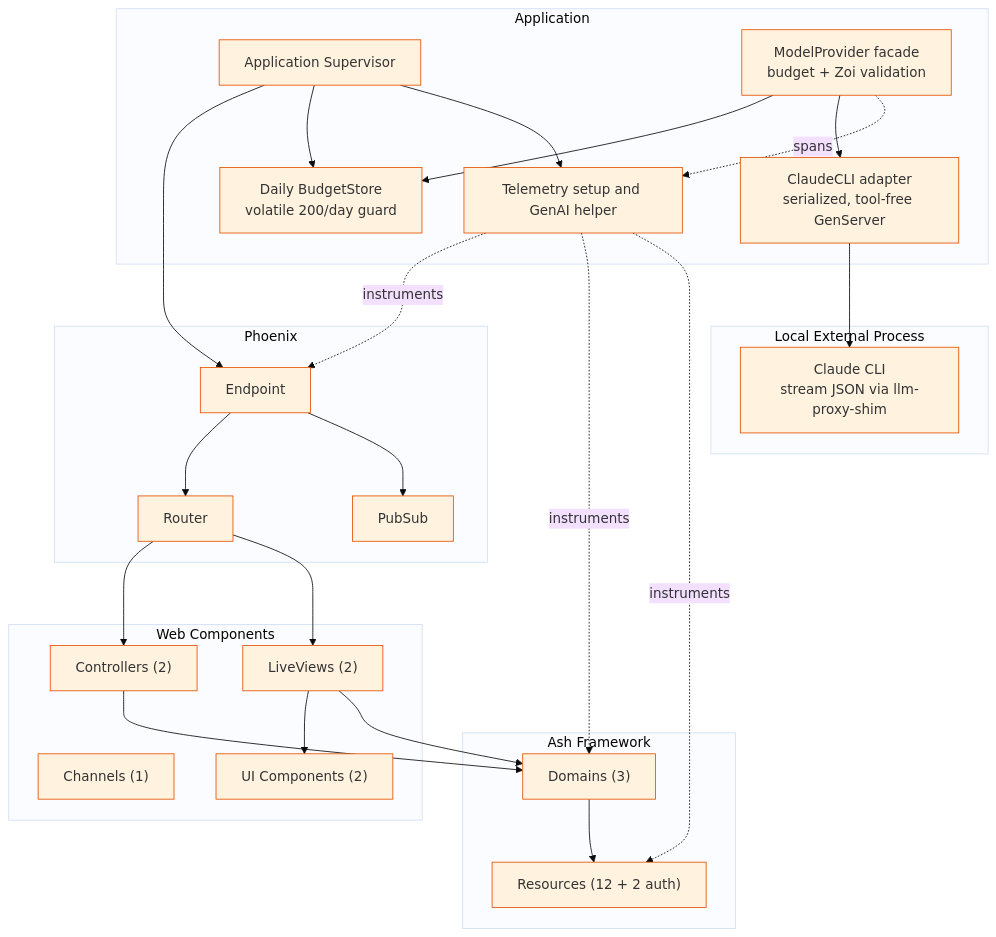
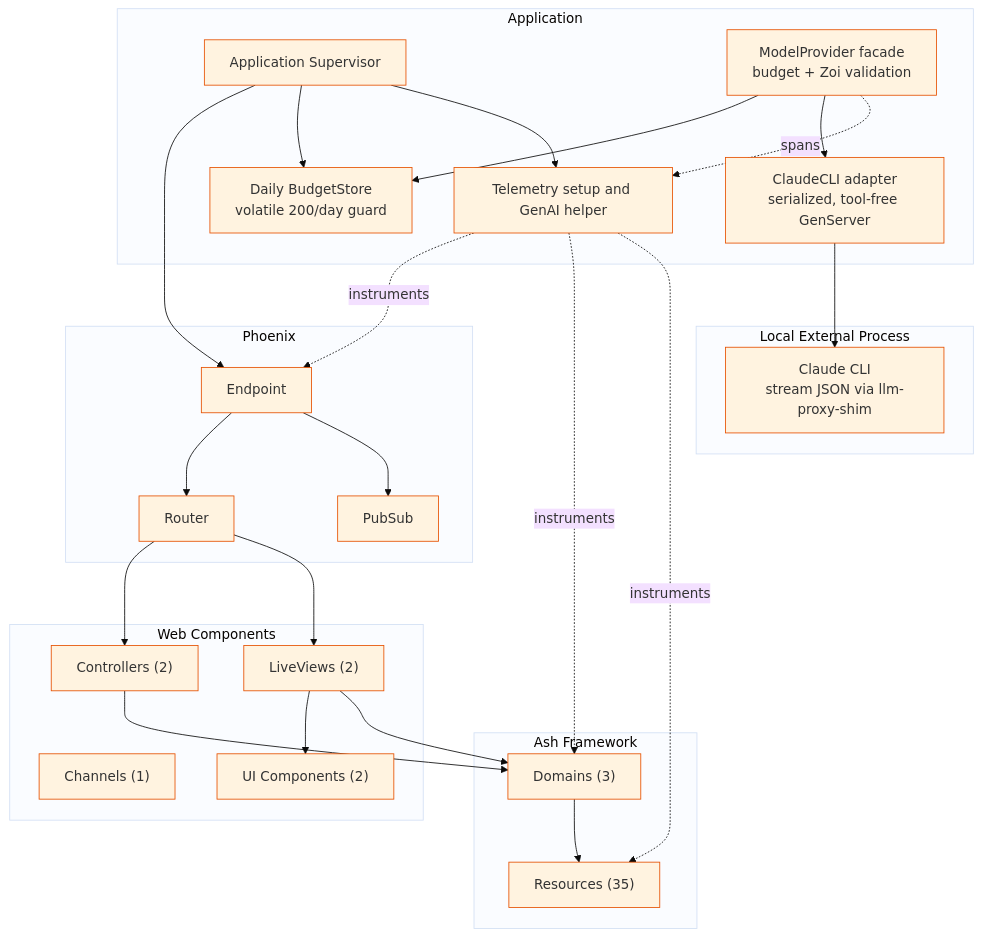
One commit to chops/sdr_agent changed the diagram in docs/architecture/components.mmd. Above: the diagram before and after it, drawn with Mermaid. The commit also changed 36 other files, not shown here.

```diff
--- a/docs/architecture/components.mmd
+++ b/docs/architecture/components.mmd
@@ -1,50 +1,50 @@
 %%{init: {'theme': 'base', 'themeVariables': { 'primaryColor': '#fff3e0', 'primaryBorderColor': '#e65100'}}}%%
 graph TB
     subgraph Application["Application"]
         App[Application Supervisor]
         Budget[Daily BudgetStore<br/>volatile 200/day guard]
         ModelProvider[ModelProvider facade<br/>budget + Zoi validation]
         ClaudeCLIAdapter[ClaudeCLI adapter<br/>serialized, tool-free GenServer]
         Telemetry[Telemetry setup and GenAI helper]
     end
 
     subgraph Phoenix["Phoenix"]
         Endpoint[Endpoint]
         Router[Router]
         PubSub[PubSub]
     end
 
     subgraph Web["Web Components"]
         Controllers["Controllers (2)"]
         LiveViews["LiveViews (2)"]
         Channels["Channels (1)"]
         UIComponents["UI Components (2)"]
     end
 
     subgraph Ash["Ash Framework"]
         Domains["Domains (3)"]
-        Resources["Resources (12 + 2 auth)"]
+        Resources["Resources (35)"]
     end
 
     subgraph External["Local External Process"]
         Claude[Claude CLI<br/>stream JSON via llm-proxy-shim]
     end
 
     App --> Endpoint
     App --> Budget
     App --> Telemetry
     ModelProvider --> Budget
     ModelProvider --> ClaudeCLIAdapter
     ModelProvider -. spans .-> Telemetry
     ClaudeCLIAdapter --> Claude
     Endpoint --> Router
     Endpoint --> PubSub
     Router --> Controllers
     Router --> LiveViews
     LiveViews --> UIComponents
     Controllers --> Domains
     LiveViews --> Domains
     Domains --> Resources
     Telemetry -. instruments .-> Endpoint
     Telemetry -. instruments .-> Domains
     Telemetry -. instruments .-> Resources
```
